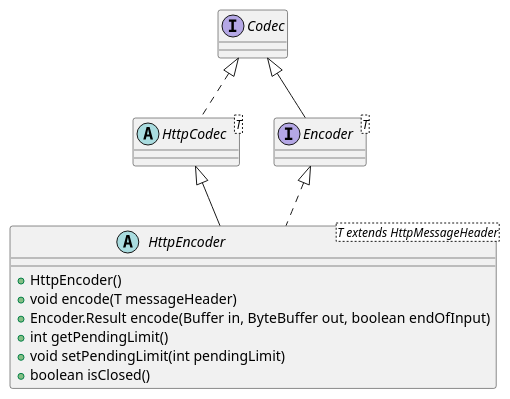
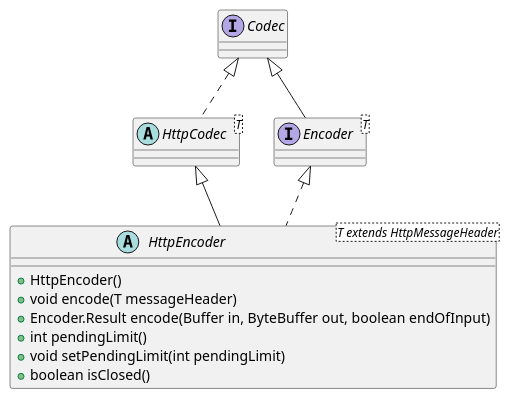
The seventh of 9 diagrams in overview.md (mnlipp/jdrupes-httpcodec), drawn with PlantUML before and after one commit. The commit also changed other lines of this file and 50 other files, not shown here.

```diff
--- a/overview.md
+++ b/overview.md
@@ -344,28 +344,28 @@
 @startuml http-encoder.svg
 ' ========== HTTP encoder =========
 interface Codec {
 }
 
 abstract class HttpCodec<T> {
 }
 
 interface Encoder<T> {
 }
 
 abstract class HttpEncoder<T extends HttpMessageHeader> {
     +HttpEncoder()
     +void encode(T messageHeader)
     +Encoder.Result encode(Buffer in, ByteBuffer out, boolean endOfInput)
-    +int getPendingLimit()
+    +int pendingLimit()
     +void setPendingLimit(int pendingLimit)
     +boolean isClosed()
 }
 
 Codec <|.. HttpCodec
 
 Codec <|-- Encoder
 
 HttpCodec <|-- HttpEncoder
 
 Encoder <|.. HttpEncoder
 @enduml
```
